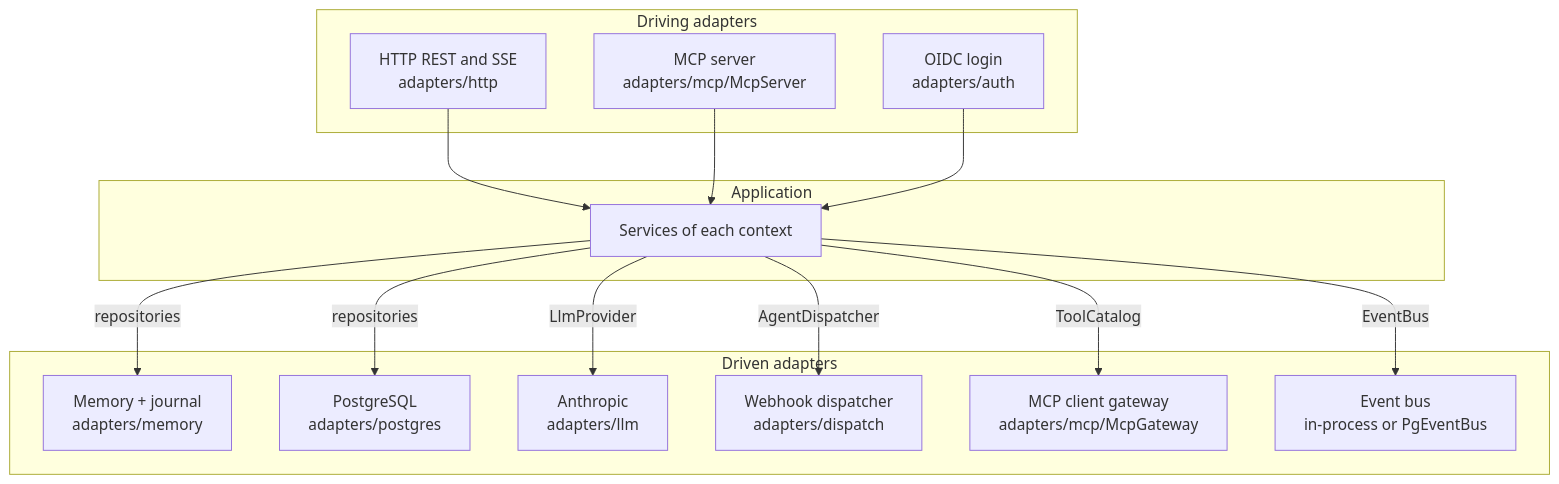
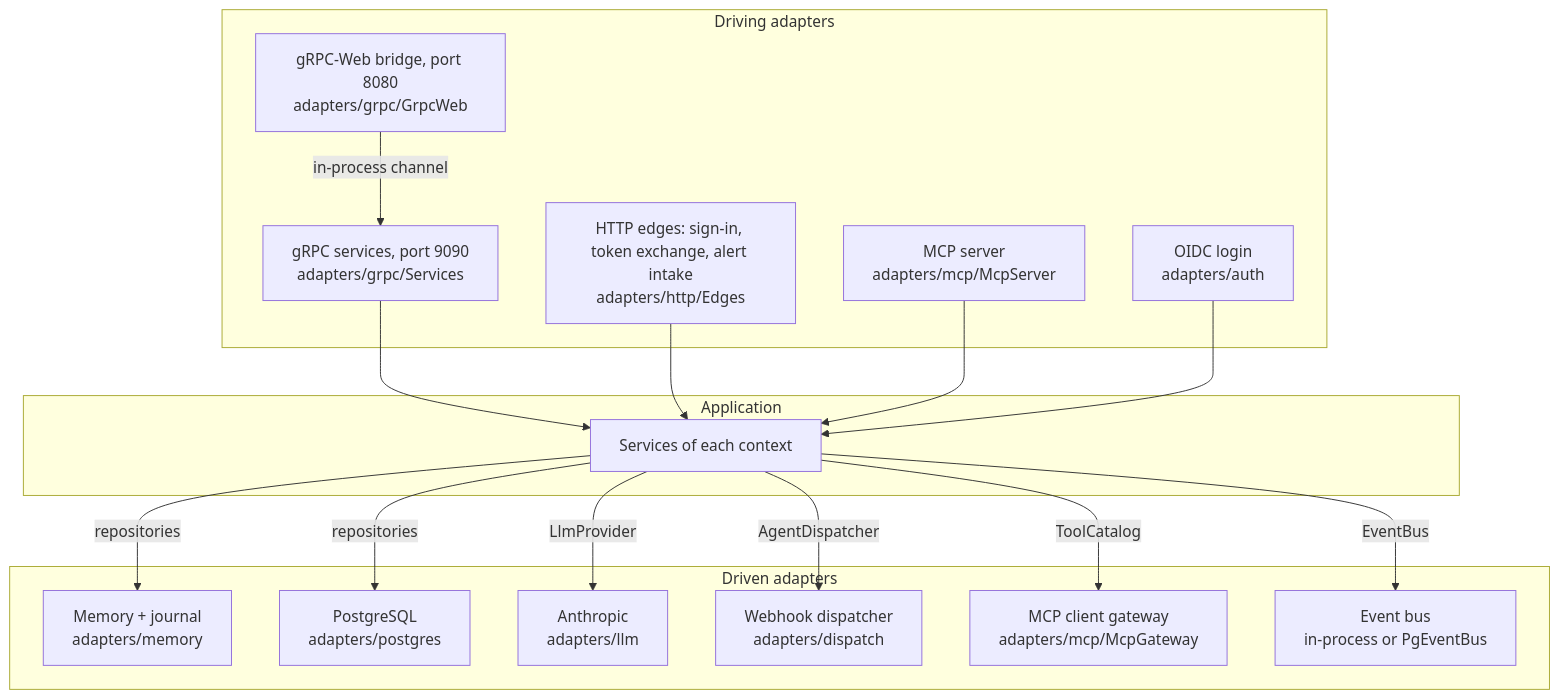
One commit to gigabrain-ideas/mayday changed the second of 4 diagrams in docs/architecture.md. Above: the diagram before and after it, drawn with Mermaid. The commit also changed other lines of this file and 101 other files, not shown here.

````diff
--- a/docs/architecture.md
+++ b/docs/architecture.md
@@ -61,28 +64,32 @@
 ```mermaid
 flowchart TB
   subgraph Driving adapters
-    HTTP[HTTP REST and SSE<br/>adapters/http]
+    GRPC[gRPC services, port 9090<br/>adapters/grpc/Services]
+    GWEB[gRPC-Web bridge, port 8080<br/>adapters/grpc/GrpcWeb]
+    EDGE[HTTP edges: sign-in, token exchange, alert intake<br/>adapters/http/Edges]
     MCPS[MCP server<br/>adapters/mcp/McpServer]
     OIDC[OIDC login<br/>adapters/auth]
   end
+  GWEB -- in-process channel --> GRPC
   subgraph Application
     SVC[Services of each context]
   end
   subgraph Driven adapters
     MEM[Memory + journal<br/>adapters/memory]
     PG[PostgreSQL<br/>adapters/postgres]
     LLM[Anthropic<br/>adapters/llm]
     WH[Webhook dispatcher<br/>adapters/dispatch]
     GW[MCP client gateway<br/>adapters/mcp/McpGateway]
     BUS[Event bus<br/>in-process or PgEventBus]
   end
-  HTTP --> SVC
+  GRPC --> SVC
+  EDGE --> SVC
   MCPS --> SVC
   OIDC --> SVC
   SVC -- repositories --> MEM
   SVC -- repositories --> PG
   SVC -- LlmProvider --> LLM
   SVC -- AgentDispatcher --> WH
   SVC -- ToolCatalog --> GW
   SVC -- EventBus --> BUS
 ```
````
